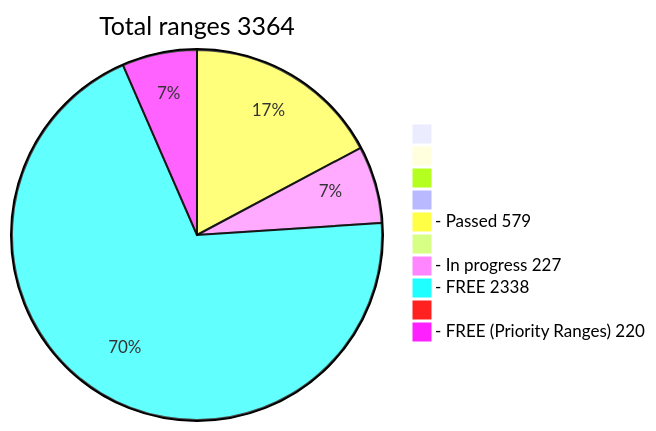
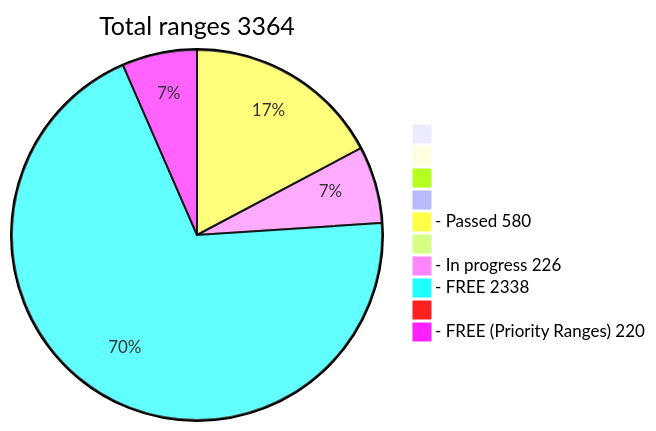
The diagram in README.md (phrutis/wif500), drawn with Mermaid before and after one commit.

````diff
--- a/README.md
+++ b/README.md
@@ -16,13 +16,13 @@
 ```mermaid
 pie title Total ranges 3364
              " " : 0
             "  " : 0
            "   " : 0
           "    " : 0
-  "- Passed 579" : 579
+  "- Passed 580" : 580
          "     " : 0
-  "- In progress 227" : 227
+  "- In progress 226" : 226
    "- FREE 2338" : 2338
         "      " : 0
   "- FREE (Priority Ranges) 220" : 220
 ```
````
